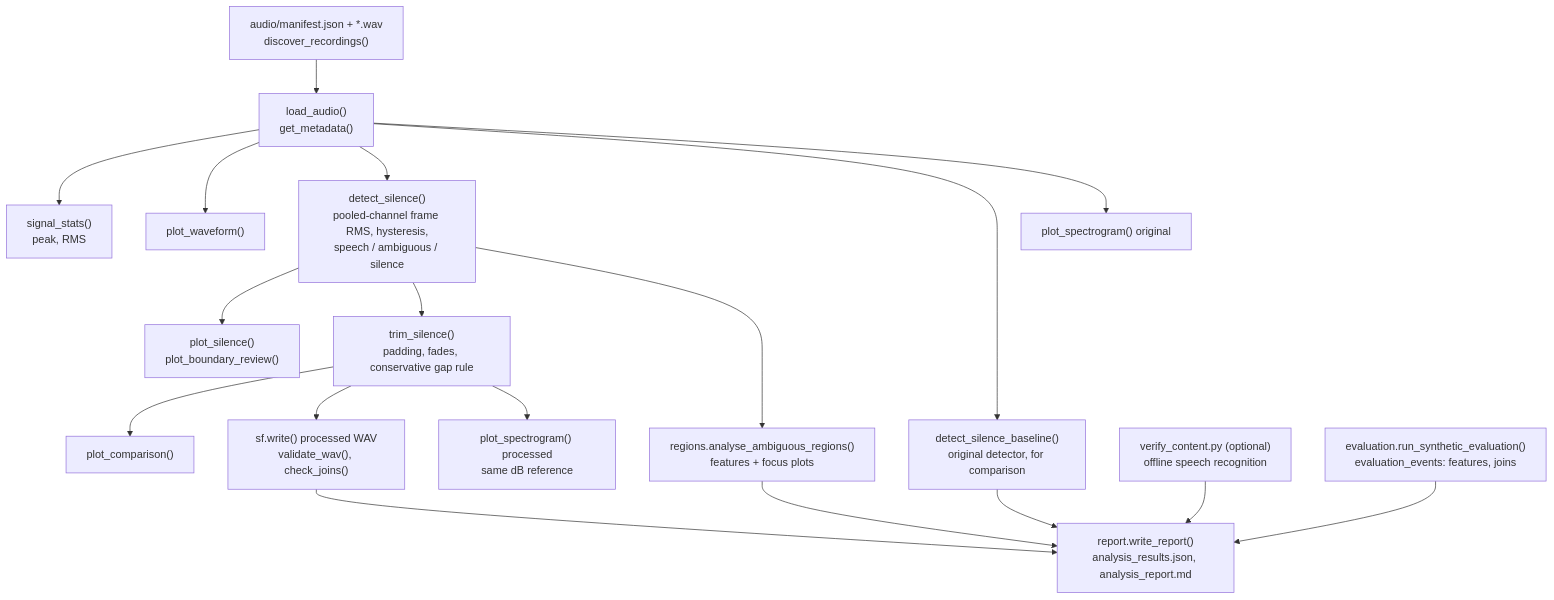
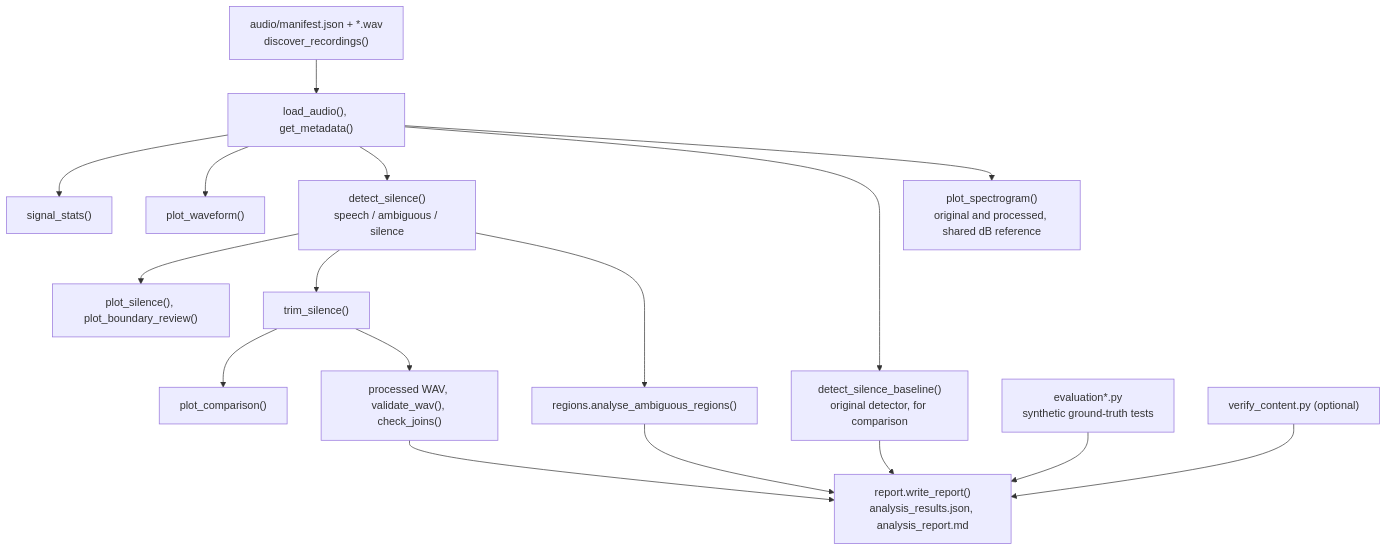
Before and after one commit to Naman21036/voice-signal-analysis: the diagram in README.md, drawn with Mermaid. The commit also changed other lines of this file, not shown here.

````diff
--- a/README.md
+++ b/README.md
@@ -28,20 +45,19 @@
 ```mermaid
 flowchart TD
-    A["audio/manifest.json + *.wav<br/>discover_recordings()"] --> B["load_audio()<br/>get_metadata()"]
-    B --> C["signal_stats()<br/>peak, RMS"]
+    A["audio/manifest.json + *.wav<br/>discover_recordings()"] --> B["load_audio(), get_metadata()"]
+    B --> C["signal_stats()"]
     B --> D["plot_waveform()"]
-    B --> E["detect_silence()<br/>pooled-channel frame RMS, hysteresis,<br/>speech / ambiguous / silence"]
+    B --> E["detect_silence()<br/>speech / ambiguous / silence"]
     B --> E0["detect_silence_baseline()<br/>original detector, for comparison"]
-    E --> F["plot_silence()<br/>plot_boundary_review()"]
-    E --> G["trim_silence()<br/>padding, fades, conservative gap rule"]
+    E --> F["plot_silence(), plot_boundary_review()"]
+    E --> G["trim_silence()"]
+    E --> R["regions.analyse_ambiguous_regions()"]
     G --> H["plot_comparison()"]
-    G --> I["sf.write() processed WAV<br/>validate_wav(), check_joins()"]
-    B --> J["plot_spectrogram() original"]
-    G --> K["plot_spectrogram() processed<br/>same dB reference"]
-    E --> R["regions.analyse_ambiguous_regions()<br/>features + focus plots"]
+    G --> I["processed WAV, validate_wav(), check_joins()"]
+    B --> J["plot_spectrogram()<br/>original and processed, shared dB reference"]
+    X["evaluation*.py<br/>synthetic ground-truth tests"] --> L
+    V["verify_content.py (optional)"] --> L
+    E0 --> L
     R --> L
-    V["verify_content.py (optional)<br/>offline speech recognition"] --> L
-    X["evaluation.run_synthetic_evaluation()<br/>evaluation_events: features, joins"] --> L
-    E0 --> L
     I --> L["report.write_report()<br/>analysis_results.json, analysis_report.md"]
 ```
````
